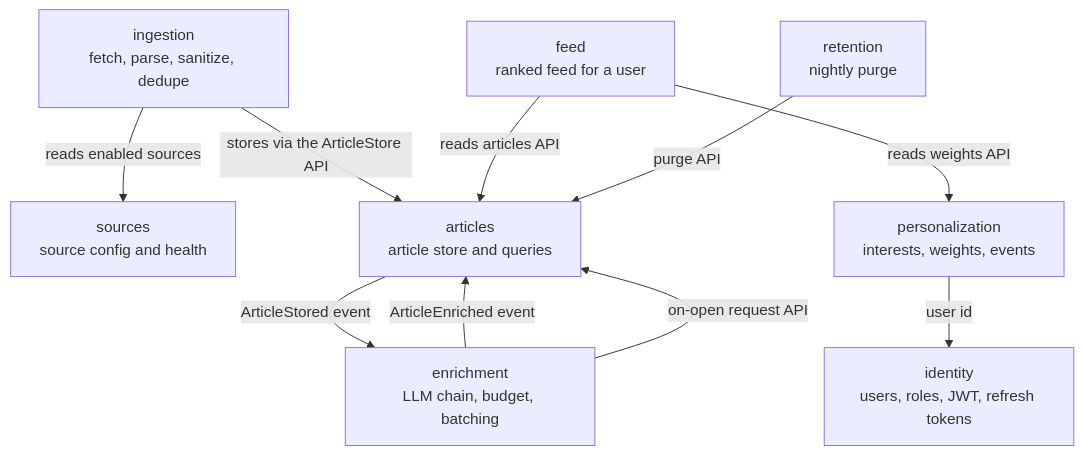
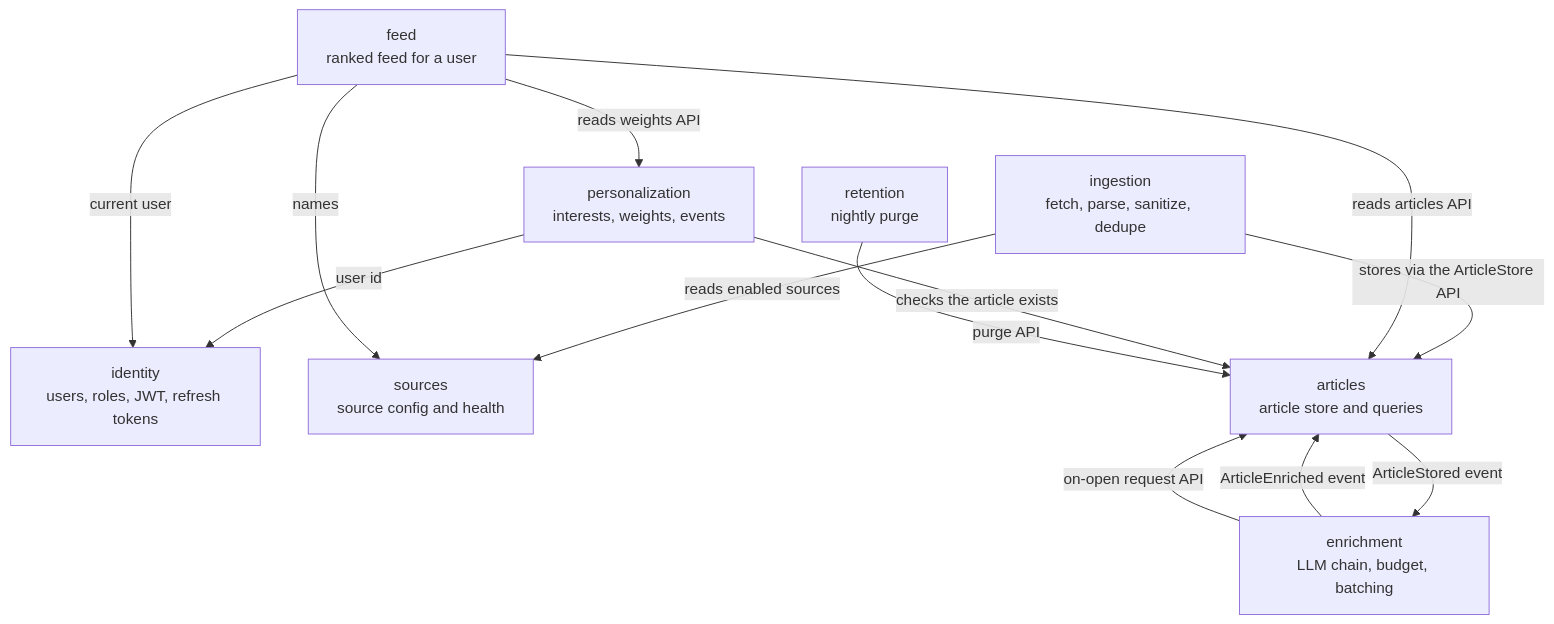
Before and after one commit to Balajibn64/intell-hub: the second of 5 diagrams in docs/ARCHITECTURE.md, drawn with Mermaid. The commit also changed 31 other files, not shown here.

````diff
--- a/docs/ARCHITECTURE.md
+++ b/docs/ARCHITECTURE.md
@@ -26,21 +26,24 @@
 ```mermaid
 flowchart TD
     identity[identity<br/>users, roles, JWT, refresh tokens]
     sources[sources<br/>source config and health]
     ingestion[ingestion<br/>fetch, parse, sanitize, dedupe]
     articles[articles<br/>article store and queries]
     enrichment[enrichment<br/>LLM chain, budget, batching]
     personalization[personalization<br/>interests, weights, events]
     feed[feed<br/>ranked feed for a user]
     retention[retention<br/>nightly purge]
 
     ingestion -->|reads enabled sources| sources
     ingestion -->|stores via the ArticleStore API| articles
     articles -->|ArticleStored event| enrichment
     enrichment -->|ArticleEnriched event| articles
     feed -->|reads articles API| articles
     feed -->|reads weights API| personalization
     personalization -->|user id| identity
+    personalization -->|checks the article exists| articles
+    feed -->|names| sources
+    feed -->|current user| identity
     retention -->|purge API| articles
     enrichment -->|on-open request API| articles
 ```
````
